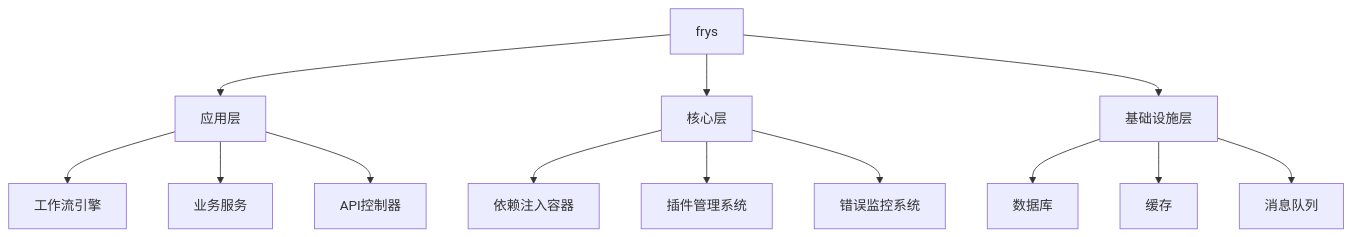
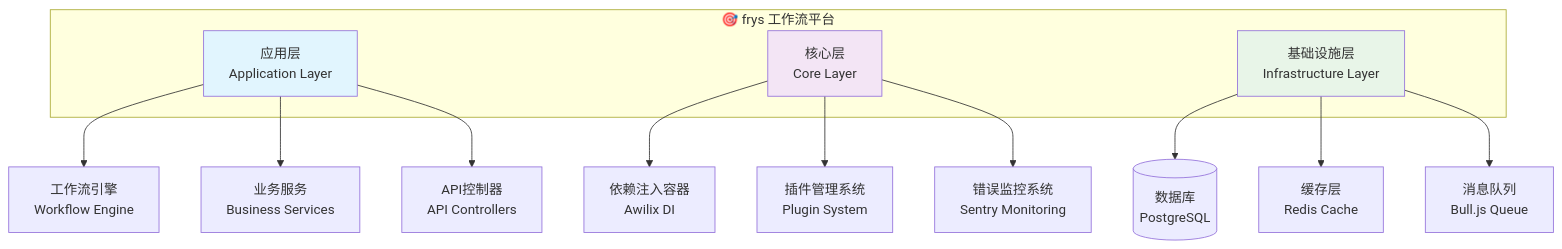
Before and after one commit to zycxfyh/frys: the first of 3 diagrams in README.md, drawn with Mermaid. The commit also changed other lines of this file, not shown here.

````diff
--- a/README.md
+++ b/README.md
@@ -41,18 +60,24 @@
 ```mermaid
 graph TB
-    A[frys] --> B[应用层]
-    A --> C[核心层]
-    A --> D[基础设施层]
+    subgraph "🎯 frys 工作流平台"
+        A[应用层<br/>Application Layer]
+        B[核心层<br/>Core Layer]
+        C[基础设施层<br/>Infrastructure Layer]
+    end
 
-    B --> B1[工作流引擎]
-    B --> B2[业务服务]
-    B --> B3[API控制器]
+    A --> A1[工作流引擎<br/>Workflow Engine]
+    A --> A2[业务服务<br/>Business Services]
+    A --> A3[API控制器<br/>API Controllers]
 
-    C --> C1[依赖注入容器]
-    C --> C2[插件管理系统]
-    C --> C3[错误监控系统]
+    B --> B1[依赖注入容器<br/>Awilix DI]
+    B --> B2[插件管理系统<br/>Plugin System]
+    B --> B3[错误监控系统<br/>Sentry Monitoring]
 
-    D --> D1[数据库]
-    D --> D2[缓存]
-    D --> D3[消息队列]
+    C --> C1[(数据库<br/>PostgreSQL)]
+    C --> C2[缓存层<br/>Redis Cache]
+    C --> C3[消息队列<br/>Bull.js Queue]
+
+    style A fill:#e1f5fe
+    style B fill:#f3e5f5
+    style C fill:#e8f5e8
 ```
````
